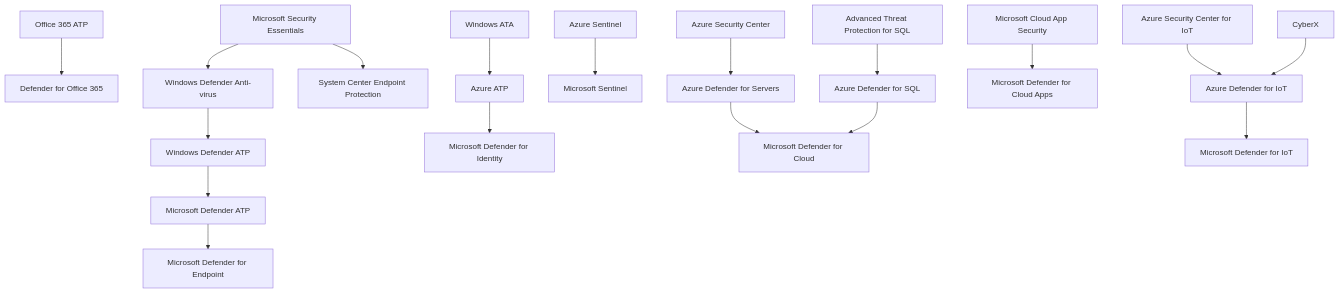
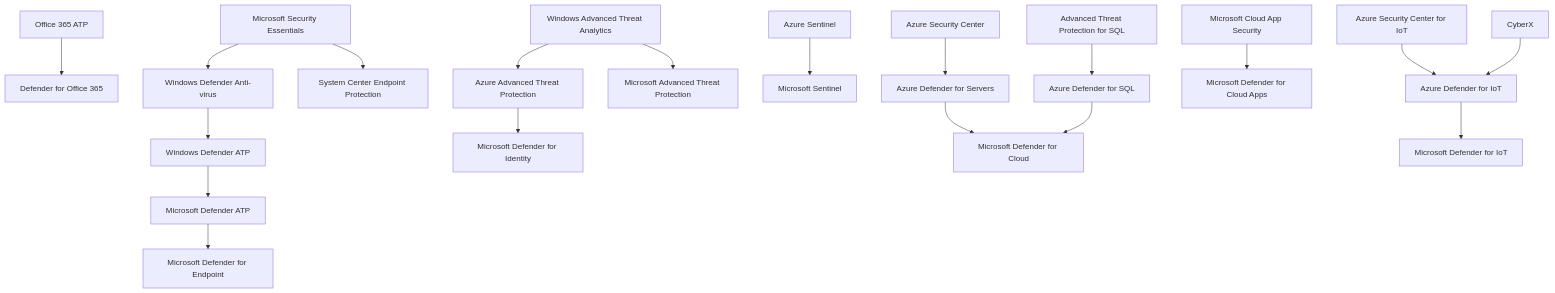
Before and after one commit to jlaundry/MicrosoftNaming: the first of 4 diagrams in README.md, drawn with Mermaid.

````diff
--- a/README.md
+++ b/README.md
@@ -12,19 +12,20 @@
 ```mermaid
 graph TD;
 
     O365ATP[Office 365 ATP] --> DfO365[Defender for Office 365];
     MSE[Microsoft Security Essentials] --> WDAV[Windows Defender Anti-virus] --> WDATP[Windows Defender ATP] --> MDATP[Microsoft Defender ATP] --> MDfE[Microsoft Defender for Endpoint];
     MSE --> SCEP[System Center Endpoint Protection];
-    WATA[Windows ATA] --> AATP[Azure ATP] --> MDfI[Microsoft Defender for Identity];
+    WATA[Windows Advanced Threat Analytics] --> AATP[Azure Advanced Threat Protection] --> MDfI[Microsoft Defender for Identity];
+    WATA --> MATP[Microsoft Advanced Threat Protection];
 
     ASentinel[Azure Sentinel] --> Sentinel[Microsoft Sentinel];
     
     ASC[Azure Security Center] --> ADfS[Azure Defender for Servers] --> MDfC[Microsoft Defender for Cloud];
     ATPfSQL[Advanced Threat Protection for SQL] --> ADfSQL[Azure Defender for SQL] --> MDfC;
     
     MCAS[Microsoft Cloud App Security] --> MDfCA[Microsoft Defender for Cloud Apps];
     
     ASCfIoT[Azure Security Center for IoT] --> ADfIoT[Azure Defender for IoT] --> MDfIoT[Microsoft Defender for IoT];
     CyberX --> ADfIoT
 
 ```
````
